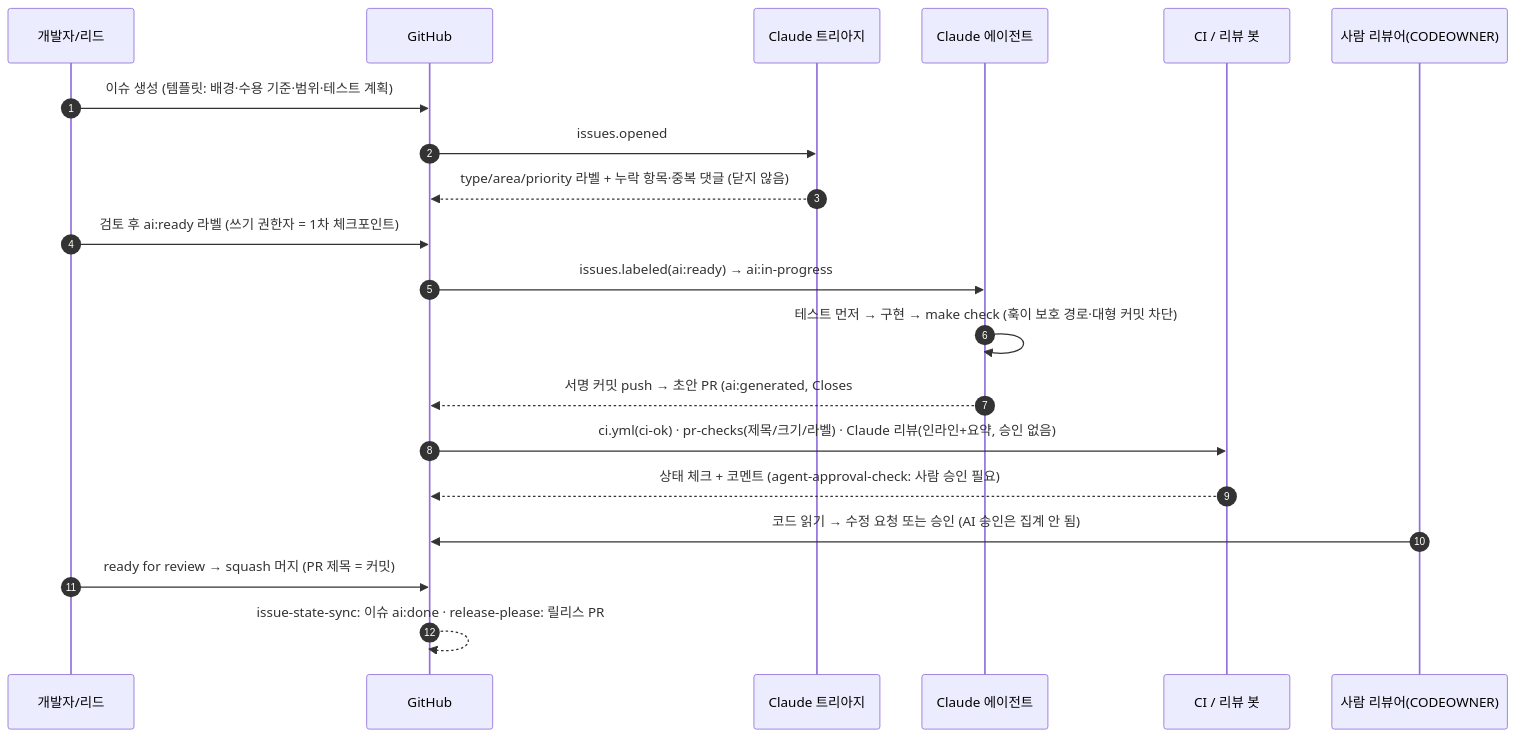
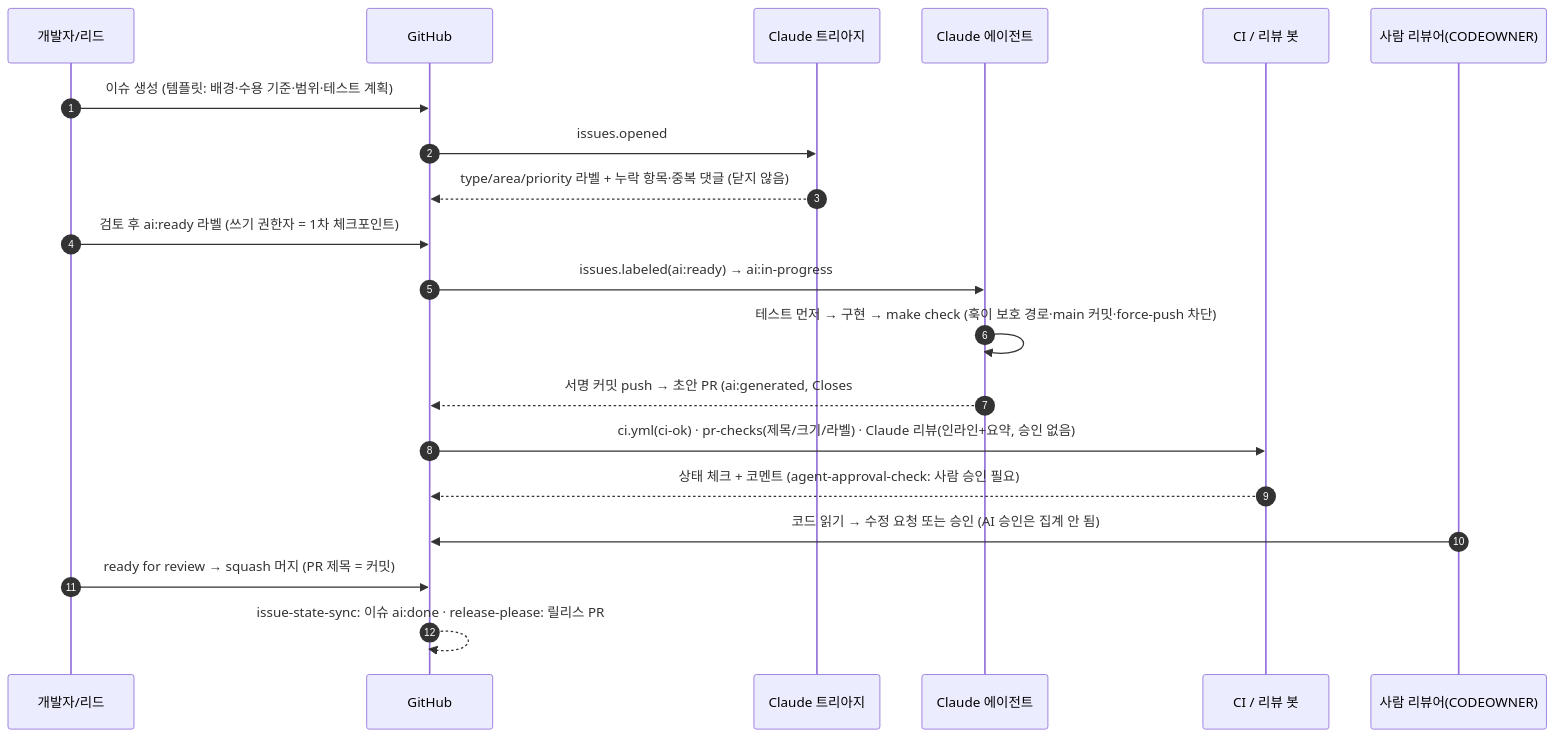
One commit to jungrok5/ai-code-collaboration-best-practices changed the second of 2 diagrams in README.md. Above: the diagram before and after it, drawn with Mermaid. The commit also changed other lines of this file and 35 other files, not shown here.

````diff
--- a/README.md
+++ b/README.md
@@ -140,23 +142,23 @@
 ```mermaid
 sequenceDiagram
   autonumber
   participant Dev as 개발자/리드
   participant GH as GitHub
   participant Tri as Claude 트리아지
   participant Ag as Claude 에이전트
   participant CI as CI / 리뷰 봇
   participant Rev as 사람 리뷰어(CODEOWNER)
 
   Dev->>GH: 이슈 생성 (템플릿: 배경·수용 기준·범위·테스트 계획)
   GH->>Tri: issues.opened
   Tri-->>GH: type/area/priority 라벨 + 누락 항목·중복 댓글 (닫지 않음)
   Dev->>GH: 검토 후 ai:ready 라벨 (쓰기 권한자 = 1차 체크포인트)
   GH->>Ag: issues.labeled(ai:ready) → ai:in-progress
-  Ag->>Ag: 테스트 먼저 → 구현 → make check (훅이 보호 경로·대형 커밋 차단)
+  Ag->>Ag: 테스트 먼저 → 구현 → make check (훅이 보호 경로·main 커밋·force-push 차단)
   Ag-->>GH: 서명 커밋 push → 초안 PR (ai:generated, Closes #n) → 이슈 ai:review
   GH->>CI: ci.yml(ci-ok) · pr-checks(제목/크기/라벨) · Claude 리뷰(인라인+요약, 승인 없음)
   CI-->>GH: 상태 체크 + 코멘트 (agent-approval-check: 사람 승인 필요)
   Rev->>GH: 코드 읽기 → 수정 요청 또는 승인 (AI 승인은 집계 안 됨)
   Dev->>GH: ready for review → squash 머지 (PR 제목 = 커밋)
   GH-->>GH: issue-state-sync: 이슈 ai:done · release-please: 릴리스 PR
 ```
````
